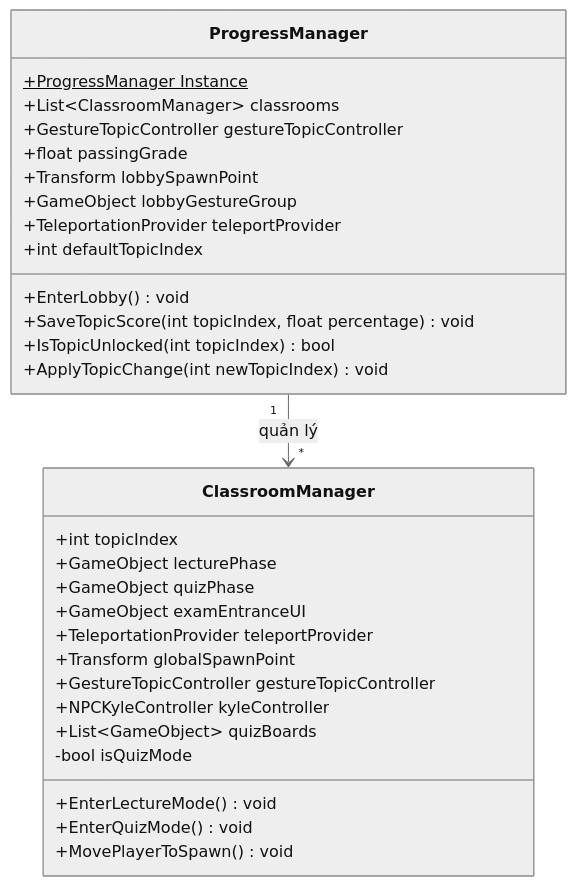
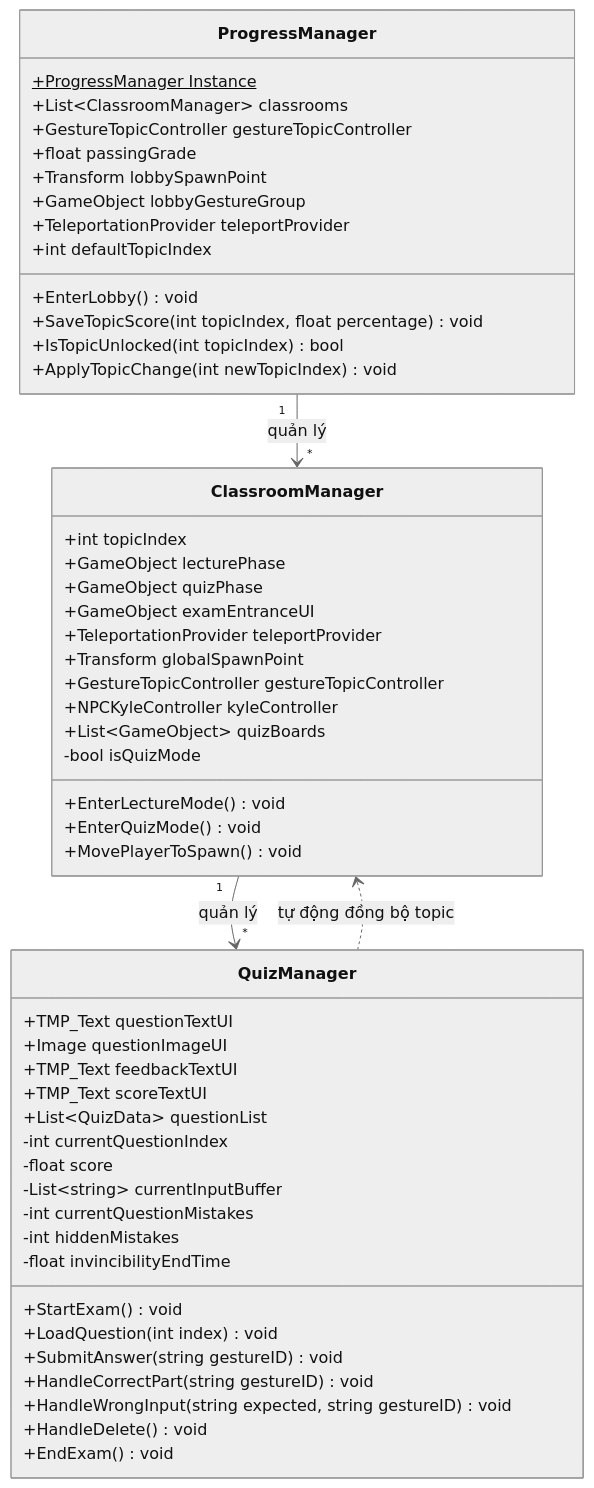
One commit to MinhTrinh04/ASL changed the fourth of 10 diagrams in docs/DATN/12-Chương_5_Các_giải_pháp_và_đóng_góp_nổi_bật.md. Above: the diagram before and after it, drawn with Mermaid. The commit also changed other lines of this file, not shown here.

Commit message:
update dynamic gesture

````diff
--- a/docs/DATN/12-Chương_5_Các_giải_pháp_và_đóng_góp_nổi_bật.md
+++ b/docs/DATN/12-Chương_5_Các_giải_pháp_và_đóng_góp_nổi_bật.md
@@ -126,36 +131,59 @@
 ```mermaid
 %%{init: {'theme': 'neutral'}}%%
 classDiagram
     class ProgressManager {
         +ProgressManager Instance$
         +List~ClassroomManager~ classrooms
         +GestureTopicController gestureTopicController
         +float passingGrade
         +Transform lobbySpawnPoint
         +GameObject lobbyGestureGroup
         +TeleportationProvider teleportProvider
         +int defaultTopicIndex
         +EnterLobby() void
         +SaveTopicScore(int topicIndex, float percentage) void
         +IsTopicUnlocked(int topicIndex) bool
         +ApplyTopicChange(int newTopicIndex) void
     }
 
     class ClassroomManager {
         +int topicIndex
         +GameObject lecturePhase
         +GameObject quizPhase
         +GameObject examEntranceUI
         +TeleportationProvider teleportProvider
         +Transform globalSpawnPoint
         +GestureTopicController gestureTopicController
         +NPCKyleController kyleController
         +List~GameObject~ quizBoards
         -bool isQuizMode
         +EnterLectureMode() void
         +EnterQuizMode() void
         +MovePlayerToSpawn() void
     }
 
+    class QuizManager {
+        +TMP_Text questionTextUI
+        +Image questionImageUI
+        +TMP_Text feedbackTextUI
+        +TMP_Text scoreTextUI
+        +List~QuizData~ questionList
+        -int currentQuestionIndex
+        -float score
+        -List~string~ currentInputBuffer
+        -int currentQuestionMistakes
+        -int hiddenMistakes
+        -float invincibilityEndTime
+        +StartExam() void
+        +LoadQuestion(int index) void
+        +SubmitAnswer(string gestureID) void
+        +HandleCorrectPart(string gestureID) void
+        +HandleWrongInput(string expected, string gestureID) void
+        +HandleDelete() void
+        +EndExam() void
+    }
+
     ProgressManager "1" --> "*" ClassroomManager : quản lý
+    ClassroomManager "1" --> "*" QuizManager : quản lý
+    QuizManager ..> ClassroomManager : tự động đồng bộ topic
 ```
````
